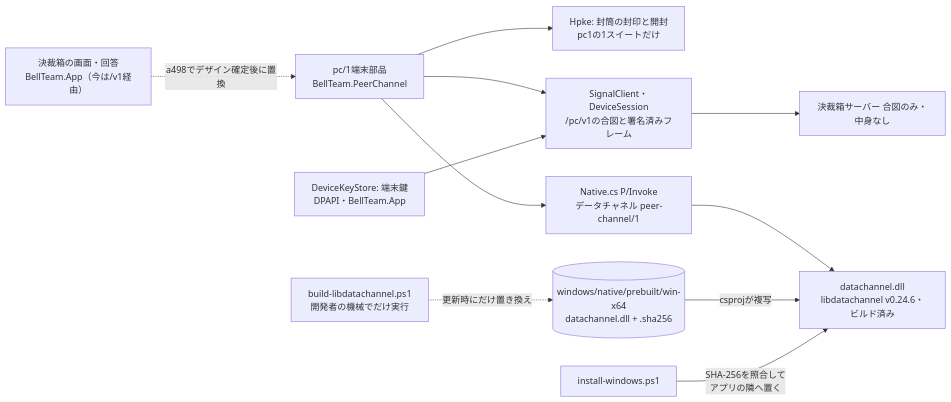
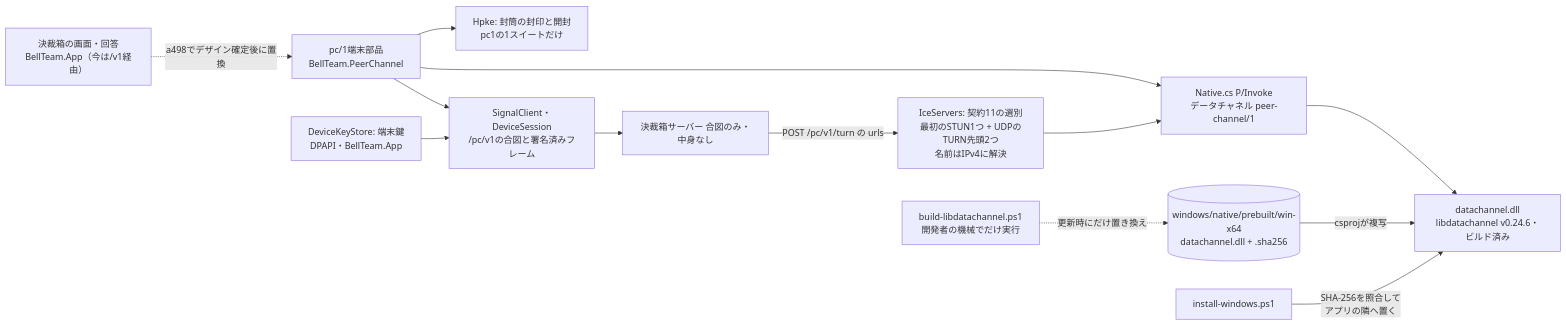
Diagram 13 of 14 in docs/windows-architecture.md (kitepon/BellTeam), drawn with Mermaid before and after one commit. The commit also changed other lines of this file and 3 other files, not shown here.

First line of the commit message:
Windows peer-channel: ICE servers per contract 0.5.7 section 11 (a498c)

````diff
--- a/docs/windows-architecture.md
+++ b/docs/windows-architecture.md
@@ -348,13 +348,15 @@
 ```mermaid
 flowchart LR
   approvals[決裁箱の画面・回答<br/>BellTeam.App（今は/v1経由）] -.->|a498でデザイン確定後に置換| pc[pc/1端末部品<br/>BellTeam.PeerChannel]
   pc --> hpke[Hpke: 封筒の封印と開封<br/>pc1の1スイートだけ]
   pc --> sig[SignalClient・DeviceSession<br/>/pc/v1の合図と署名済みフレーム]
   pc --> rtc[Native.cs P/Invoke<br/>データチャネル peer-channel/1]
   rtc --> dll[datachannel.dll<br/>libdatachannel v0.24.6・ビルド済み]
   keys[DeviceKeyStore: 端末鍵<br/>DPAPI・BellTeam.App] --> sig
   sig --> server[決裁箱サーバー 合図のみ・中身なし]
+  server -->|POST /pc/v1/turn の urls| ice[IceServers: 契約11の選別<br/>最初のSTUN1つ + UDPのTURN先頭2つ<br/>名前はIPv4に解決]
+  ice --> rtc
   repo[(windows/native/prebuilt/win-x64<br/>datachannel.dll + .sha256)] -->|csprojが複写| dll
   build[build-libdatachannel.ps1<br/>開発者の機械でだけ実行] -.->|更新時にだけ置き換え| repo
   install[install-windows.ps1] -->|SHA-256を照合して<br/>アプリの隣へ置く| dll
 ```
````
